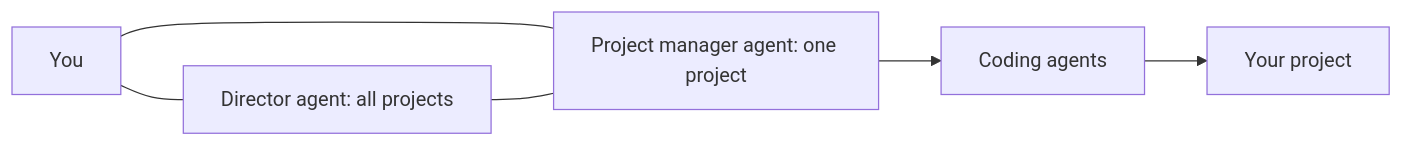
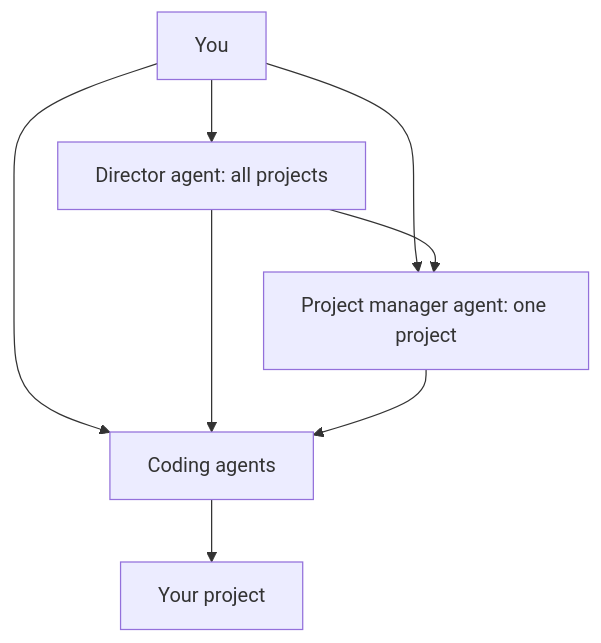
Before and after one commit to SkinnerCM/aria: the diagram in README.md, drawn with Mermaid. The commit also changed other lines of this file, not shown here.

First line of the commit message:
Restructure README: scannable feature sections, directional workflow diagram, install steps moved to bottom

````diff
--- a/README.md
+++ b/README.md
@@ -53,12 +41,15 @@
 ```mermaid
-flowchart LR
+flowchart TD
   you[You]
   director[Director agent: all projects]
   pm[Project manager agent: one project]
   workers[Coding agents]
   project[Your project]
-  you --- director
-  you --- pm
-  director --- pm
-  pm --> workers --> project
+  you --> director
+  you --> pm
+  you --> workers
+  director --> pm
+  director --> workers
+  pm --> workers
+  workers --> project
 ```
````
